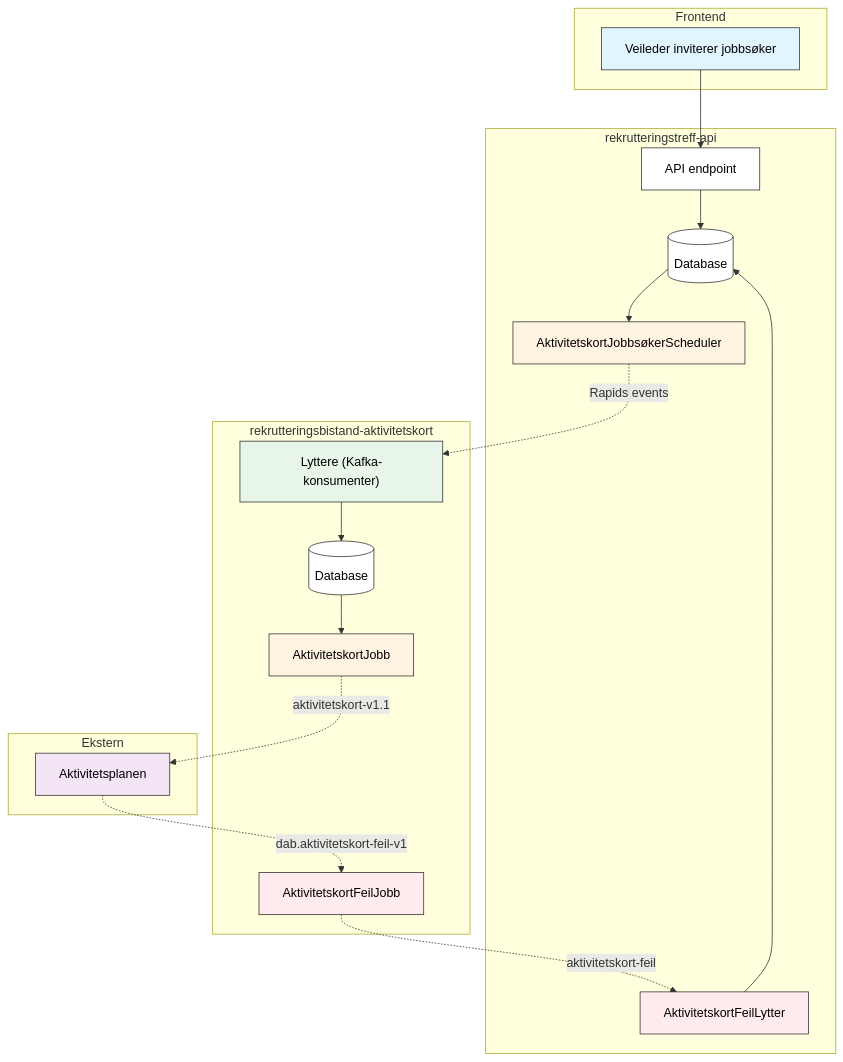
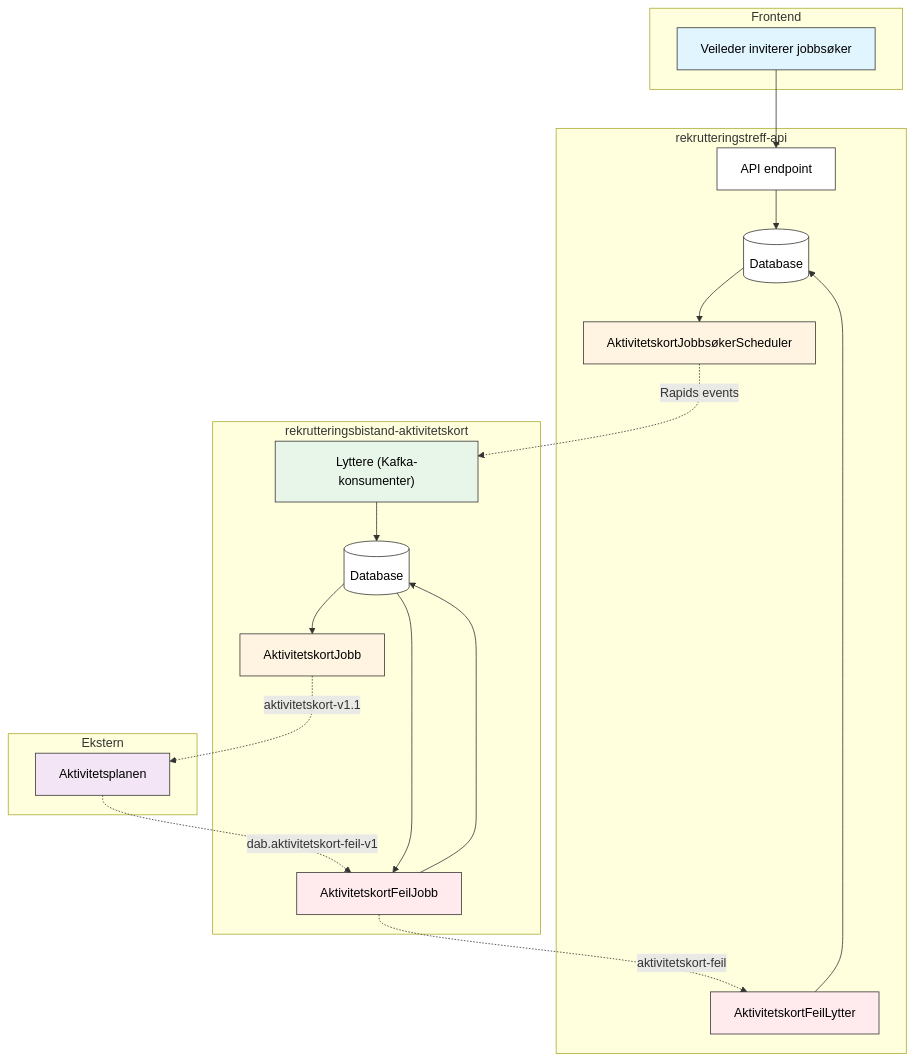
Before and after one commit to navikt/rekrutteringstreff-backend: the diagram in docs/4-integrasjoner/aktivitetskort.md, drawn with Mermaid.

Commit message:
Oppdater aktivitetskortdiagram

````diff
--- a/docs/4-integrasjoner/aktivitetskort.md
+++ b/docs/4-integrasjoner/aktivitetskort.md
@@ -9,49 +9,51 @@
 ```mermaid
 graph TB
     subgraph Frontend
         UI[Veileder inviterer jobbsøker]
     end
 
     subgraph "rekrutteringstreff-api"
         API[API endpoint]
         DB[(Database)]
         Scheduler[AktivitetskortJobbsøkerScheduler]
         FeilLytter[AktivitetskortFeilLytter]
     end
 
     subgraph "rekrutteringsbistand-aktivitetskort"
         Lyttere["Lyttere (Kafka-konsumenter)"]
         AktDB[(Database)]
         AktJobb[AktivitetskortJobb]
         FeilJobb[AktivitetskortFeilJobb]
     end
 
     subgraph "Ekstern"
         Aktivitetsplan[Aktivitetsplanen]
     end
 
     %% Hovedflyt
     UI --> API
     API --> DB
     DB --> Scheduler
     Scheduler -.->|Rapids events| Lyttere
     Lyttere --> AktDB
     AktDB --> AktJobb
     AktJobb -.->|aktivitetskort-v1.1| Aktivitetsplan
 
     %% Feilflyt
     Aktivitetsplan -.->|dab.aktivitetskort-feil-v1| FeilJobb
+    FeilJobb --> AktDB
+    AktDB --> FeilJobb
     FeilJobb -.->|aktivitetskort-feil| FeilLytter
     FeilLytter --> DB
 
     style UI fill:#e1f5ff,color:#000,stroke:#333
     style Scheduler fill:#fff4e1,color:#000,stroke:#333
     style AktJobb fill:#fff4e1,color:#000,stroke:#333
     style Lyttere fill:#e8f5e9,color:#000,stroke:#333
     style FeilLytter fill:#ffebee,color:#000,stroke:#333
     style FeilJobb fill:#ffebee,color:#000,stroke:#333
     style Aktivitetsplan fill:#f3e5f5,color:#000,stroke:#333
     style API fill:#fff,color:#000,stroke:#333
     style DB fill:#fff,color:#000,stroke:#333
     style AktDB fill:#fff,color:#000,stroke:#333
 ```
````
